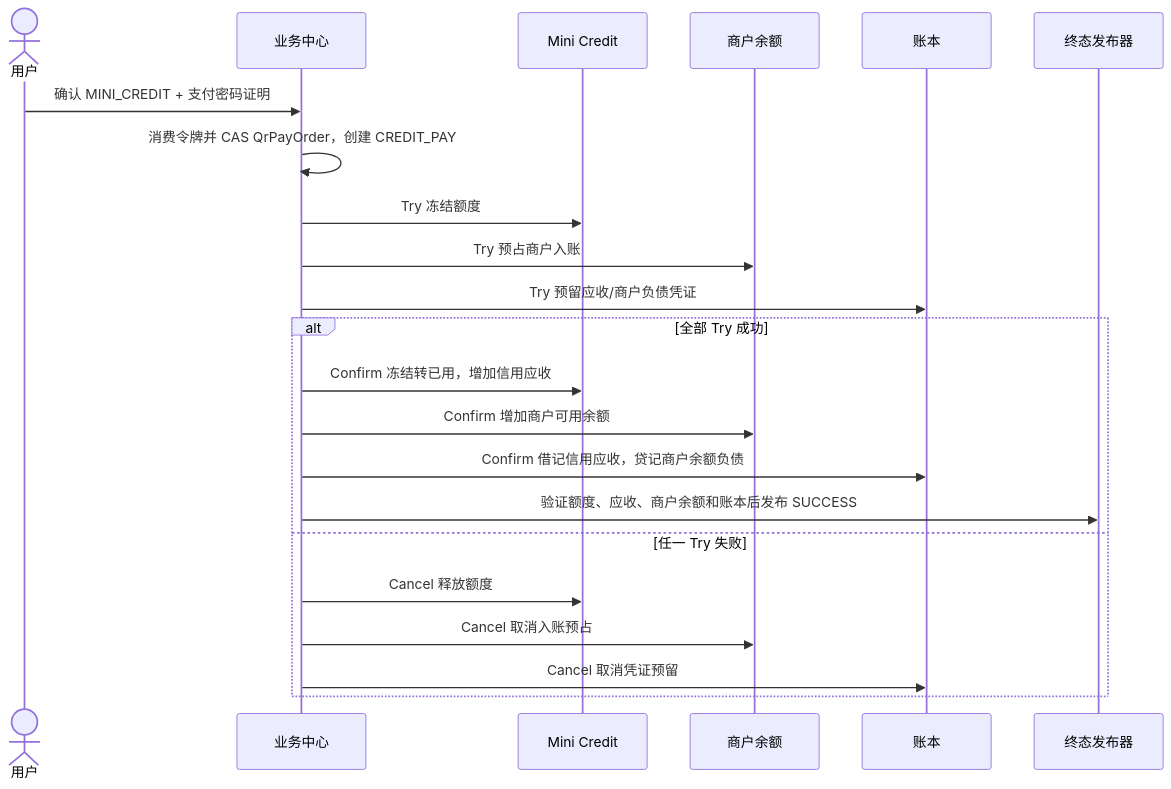
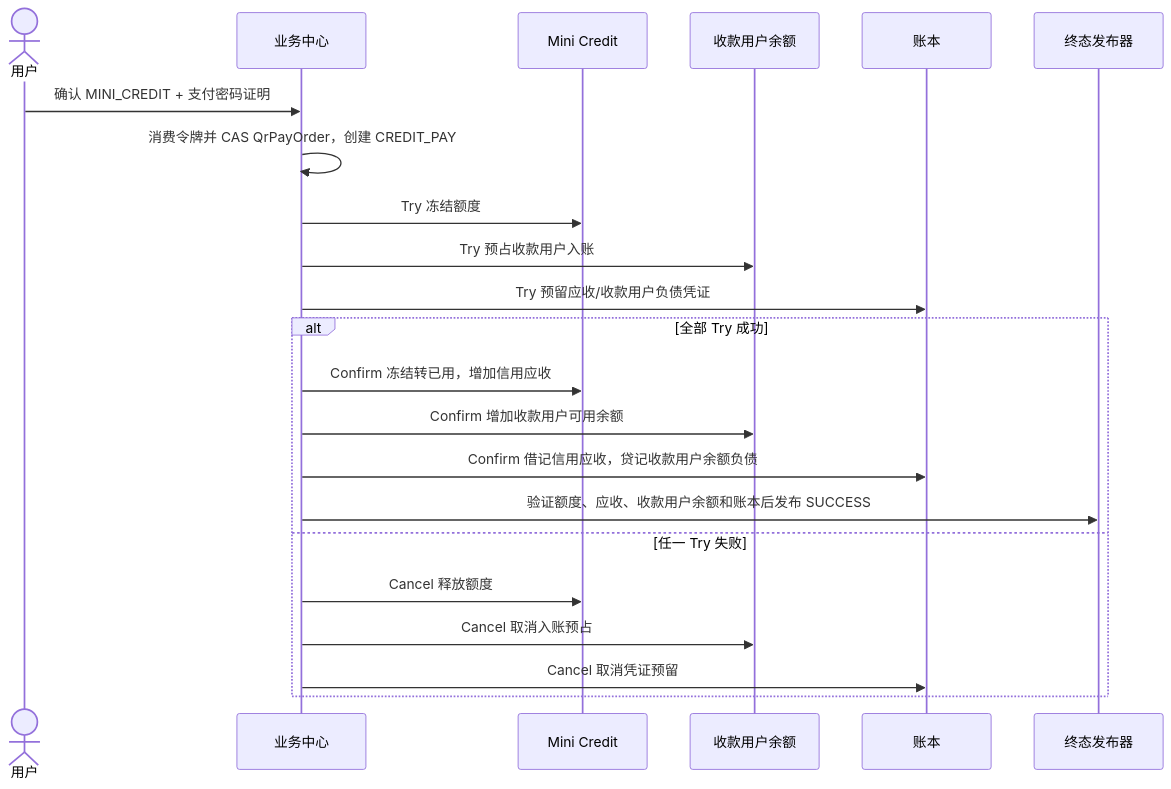
Before and after one commit to JN6565/MiniAlalipay: diagram 14 of 32 in docs/minialalipay/minialalipay-system-analysis.md, drawn with Mermaid. The commit also changed other lines of this file and 5 other files, not shown here.

````diff
--- a/docs/minialalipay/minialalipay-system-analysis.md
+++ b/docs/minialalipay/minialalipay-system-analysis.md
@@ -1241,24 +1243,24 @@
 ```mermaid
 sequenceDiagram
     actor U as 用户
     participant B as 业务中心
     participant C as Mini Credit
-    participant M as 商户余额
+    participant R as 收款用户余额
     participant L as 账本
     participant F as 终态发布器
     U->>B: 确认 MINI_CREDIT + 支付密码证明
     B->>B: 消费令牌并 CAS QrPayOrder，创建 CREDIT_PAY
     B->>C: Try 冻结额度
-    B->>M: Try 预占商户入账
-    B->>L: Try 预留应收/商户负债凭证
+    B->>R: Try 预占收款用户入账
+    B->>L: Try 预留应收/收款用户负债凭证
     alt 全部 Try 成功
       B->>C: Confirm 冻结转已用，增加信用应收
-      B->>M: Confirm 增加商户可用余额
-      B->>L: Confirm 借记信用应收，贷记商户余额负债
-      B->>F: 验证额度、应收、商户余额和账本后发布 SUCCESS
+      B->>R: Confirm 增加收款用户可用余额
+      B->>L: Confirm 借记信用应收，贷记收款用户余额负债
+      B->>F: 验证额度、应收、收款用户余额和账本后发布 SUCCESS
     else 任一 Try 失败
       B->>C: Cancel 释放额度
-      B->>M: Cancel 取消入账预占
+      B->>R: Cancel 取消入账预占
       B->>L: Cancel 取消凭证预留
     end
 ```
````
